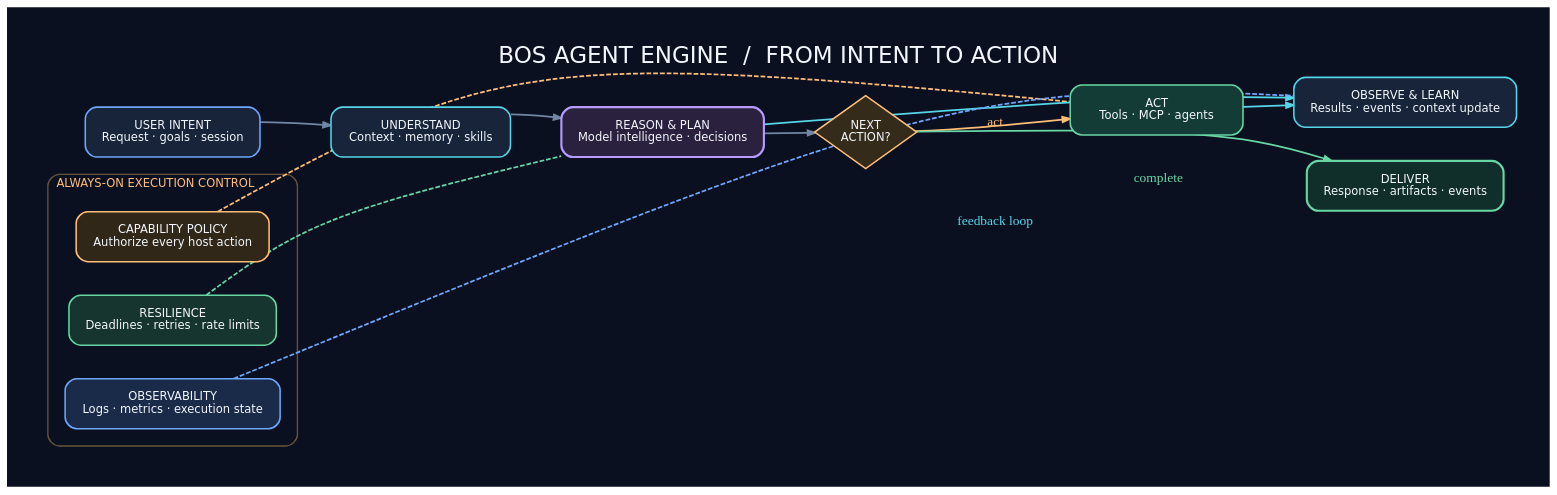
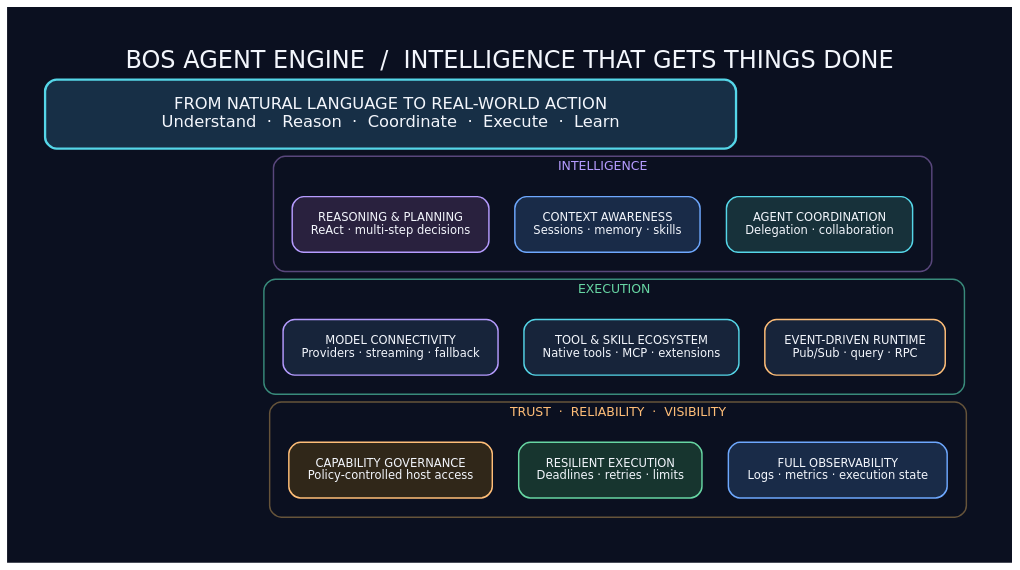
Before and after one commit to open1s/bos: the diagram in docs/diagrams/agent-execution-flow.dot, drawn with Graphviz. The commit also changed 2 other files, not shown here.

Commit message:
docs: redesign diagrams as presentation-style infographics (#83)
* docs: redesign diagrams as presentation-style capability infographics

* docs: redesign diagrams as presentation-style capability infographics

* docs: redesign diagrams as presentation-style capability infographics

```diff
--- a/docs/diagrams/agent-execution-flow.dot
+++ b/docs/diagrams/agent-execution-flow.dot
@@ -1,40 +1,25 @@
-digraph AgentFlow {
-  graph [
-    bgcolor="#0B1020", pad="0.48", rankdir=LR,
-    nodesep="0.48", ranksep="0.72", splines=curved,
-    newrank=true, outputorder=edgesfirst,
-    fontname="DejaVu Sans", label="BOS AGENT ENGINE  /  FROM INTENT TO ACTION",
-    labelloc=t, fontsize=24, fontcolor="#F3F6FC"
-  ];
-  node [shape=box, style="rounded,filled", fontname="DejaVu Sans",
-    fontsize=12, margin="0.25,0.18", color="#405575",
-    fillcolor="#17243A", fontcolor="#F3F6FC", penwidth=1.6];
-  edge [color="#7186A5", penwidth=1.8, arrowsize=0.8];
-
-  request [label="USER INTENT\nRequest · goals · session", color="#6EA8FE", width=2.5];
-  understand [label="UNDERSTAND\nContext · memory · skills", color="#55D6E8", width=2.6];
-  reason [label="REASON & PLAN\nModel intelligence · decisions", color="#B69CFF", fillcolor="#29213E", penwidth=2.2, width=2.8];
-  decide [shape=diamond, style="filled", label="NEXT\nACTION?", color="#FFBE78", fillcolor="#352B1B", width=1.45, height=1.05, margin=0.08];
-  execute [label="ACT\nTools · MCP · agents", color="#67D6A3", fillcolor="#123C35", width=2.5];
-  observe [label="OBSERVE & LEARN\nResults · events · context update", color="#55D6E8", width=2.8];
-  answer [label="DELIVER\nResponse · artifacts · events", color="#67D6A3", fillcolor="#102F2B", penwidth=2.2, width=2.6];
-
-  request -> understand -> reason -> decide;
-  decide -> answer [label="  complete", color="#67D6A3", fontcolor="#67D6A3", minlen=2];
-  decide -> execute [label="  act", color="#FFBE78", fontcolor="#FFBE78"];
-  execute -> observe [color="#55D6E8"];
-  observe -> reason [label="  feedback loop", color="#55D6E8", fontcolor="#55D6E8", constraint=false, minlen=2];
-
-  subgraph cluster_control {
-    label="ALWAYS-ON EXECUTION CONTROL";
-    labelloc=t; labeljust=l; fontsize=12; fontcolor="#FFBE78";
-    color="#66543A"; style="rounded"; penwidth=1.4; margin=18;
-    policy [label="CAPABILITY POLICY\nAuthorize every host action", color="#FFBE78", fillcolor="#302719"];
-    resilience [label="RESILIENCE\nDeadlines · retries · rate limits", color="#67D6A3", fillcolor="#17352F"];
-    trace [label="OBSERVABILITY\nLogs · metrics · execution state", color="#6EA8FE", fillcolor="#192B48"];
-    {rank=same; policy; resilience; trace;}
-  }
-  execute -> policy [style=dashed, arrowhead=none, color="#FFBE78", constraint=false];
-  reason -> resilience [style=dashed, arrowhead=none, color="#67D6A3", constraint=false];
-  observe -> trace [style=dashed, arrowhead=none, color="#6EA8FE", constraint=false];
+digraph AgentCapabilities {
+ graph [bgcolor="#0B1020",pad="0.55",rankdir=TB,nodesep="0.38",ranksep="0.52",splines=none,newrank=true,outputorder=edgesfirst,fontname="DejaVu Sans",label="BOS AGENT ENGINE  /  INTELLIGENCE THAT GETS THINGS DONE",labelloc=t,fontsize=25,fontcolor="#F3F6FC"];
+ node [shape=box,style="rounded,filled",fontname="DejaVu Sans",fontsize=12,margin="0.28,0.22",color="#405575",fillcolor="#17243A",fontcolor="#F3F6FC",penwidth=1.5];
+ edge [style=invis,weight=30];
+ hero [label="FROM NATURAL LANGUAGE TO REAL-WORLD ACTION\nUnderstand  ·  Reason  ·  Coordinate  ·  Execute  ·  Learn",fontsize=17,width=10.0,height=1.0,fillcolor="#172F46",color="#55D6E8",penwidth=2.4];
+ subgraph cluster_intelligence {label="INTELLIGENCE";labelloc=t;fontsize=13;fontcolor="#B69CFF";color="#59477C";style="rounded";penwidth=1.5;margin=20;
+ reasoning [label="REASONING & PLANNING\nReAct · multi-step decisions",color="#B69CFF",fillcolor="#29213E"];
+ context [label="CONTEXT AWARENESS\nSessions · memory · skills",color="#6EA8FE",fillcolor="#192B48"];
+ coordination [label="AGENT COORDINATION\nDelegation · collaboration",color="#55D6E8",fillcolor="#17313A"];
+ {rank=same;reasoning;context;coordination;} reasoning -> context -> coordination;
+ }
+ subgraph cluster_execution {label="EXECUTION";labelloc=t;fontsize=13;fontcolor="#67D6A3";color="#398B7B";style="rounded";penwidth=1.5;margin=20;
+ models [label="MODEL CONNECTIVITY\nProviders · streaming · fallback",color="#B69CFF"];
+ tools [label="TOOL & SKILL ECOSYSTEM\nNative tools · MCP · extensions",color="#55D6E8"];
+ events [label="EVENT-DRIVEN RUNTIME\nPub/Sub · query · RPC",color="#FFBE78"];
+ {rank=same;models;tools;events;} models -> tools -> events;
+ }
+ subgraph cluster_control {label="TRUST  ·  RELIABILITY  ·  VISIBILITY";labelloc=t;fontsize=13;fontcolor="#FFBE78";color="#66543A";style="rounded";penwidth=1.5;margin=20;
+ security [label="CAPABILITY GOVERNANCE\nPolicy-controlled host access",color="#FFBE78",fillcolor="#302719"];
+ resilience [label="RESILIENT EXECUTION\nDeadlines · retries · limits",color="#67D6A3",fillcolor="#17352F"];
+ observability [label="FULL OBSERVABILITY\nLogs · metrics · execution state",color="#6EA8FE",fillcolor="#192B48"];
+ {rank=same;security;resilience;observability;} security -> resilience -> observability;
+ }
+ hero -> reasoning; reasoning -> models; models -> security;
 }
```
